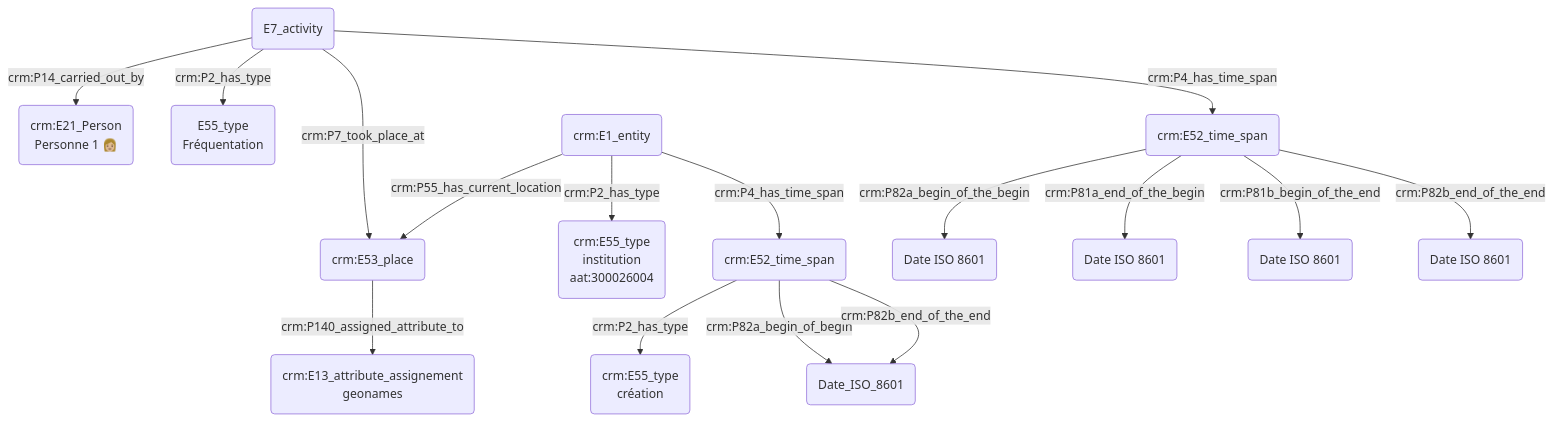
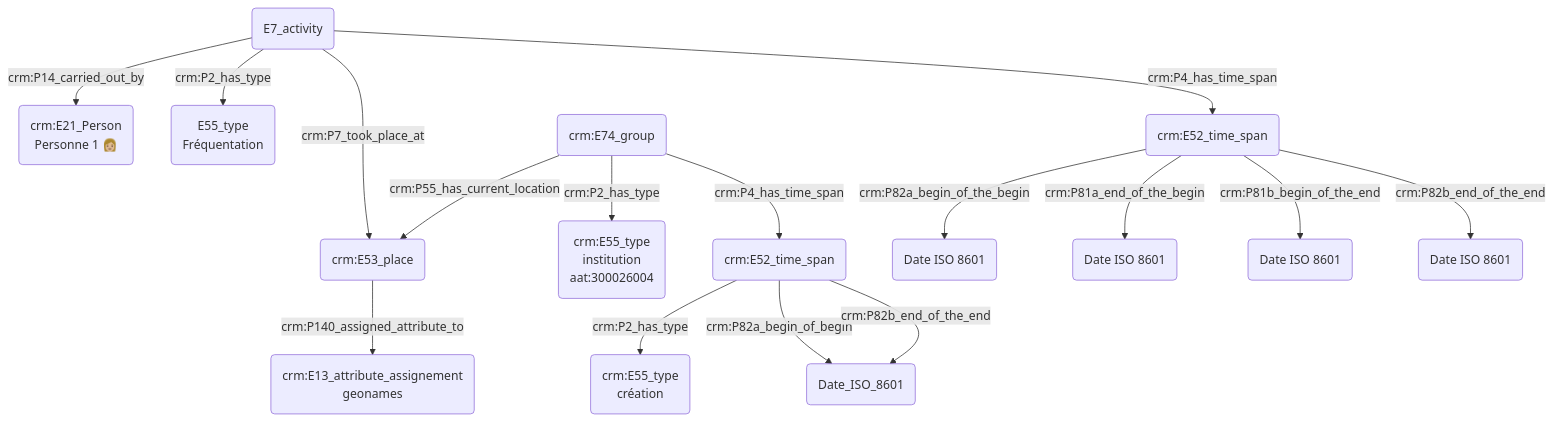
The diagram in modules/livrables/Dossier 2/Prosopographie/fréquentation d'une institution.md (Amleth/consortium-musica2-gt2-ontologies), drawn with Mermaid before and after one commit.

Commit message:
Update fréquentation d'une institution.md

````diff
--- a/modules/livrables/Dossier 2/Prosopographie/fréquentation d'une institution.md
+++ b/modules/livrables/Dossier 2/Prosopographie/fréquentation d'une institution.md
@@ -11,21 +11,21 @@
 ```mermaid
 graph TD;
 
 B(E7_activity) -->|crm:P14_carried_out_by| A("crm:E21_Person<br>Personne 1 👩🏼")
 B(E7_activity) -->|crm:P2_has_type| C(E55_type<br>Fréquentation)
 
 B(E7_activity) --->|crm:P7_took_place_at| K(E53_place)
-I(crm:E1_entity) -->|crm:P2_has_type| J(crm:E55_type<br>institution<br>aat:300026004)
-I(crm:E1_entity) -->|crm:P55_has_current_location| K(crm:E53_place)
+I(crm:E74_group) -->|crm:P2_has_type| J(crm:E55_type<br>institution<br>aat:300026004)
+I(crm:E74_group) -->|crm:P55_has_current_location| K(crm:E53_place)
 K(crm:E53_place) -->|crm:P140_assigned_attribute_to| L(crm:E13_attribute_assignement<br>geonames)
-I(crm:E1_entity) -->|crm:P4_has_time_span| M(crm:E52_time_span)
+I(crm:E74_group) -->|crm:P4_has_time_span| M(crm:E52_time_span)
 M(crm:E52_time_span) -->|crm:P2_has_type| N(crm:E55_type<br>création)
 M(crm:E52_time_span) -->|crm:P82a_begin_of_begin| O(Date_ISO_8601)
 M(crm:E52_time_span) -->|crm:P82b_end_of_the_end| O(Date_ISO_8601)
 
 B(E7_activity) --> |crm:P4_has_time_span| D(crm:E52_time_span)
 D(crm:E52_time_span) --> |crm:P82a_begin_of_the_begin| E("Date ISO 8601")
 D(crm:E52_time_span) --> |crm:P81a_end_of_the_begin| F("Date ISO 8601")
 D(crm:E52_time_span) --> |crm:P81b_begin_of_the_end|G("Date ISO 8601")
 D(crm:E52_time_span) --> |crm:P82b_end_of_the_end| H("Date ISO 8601")
 ```
````
